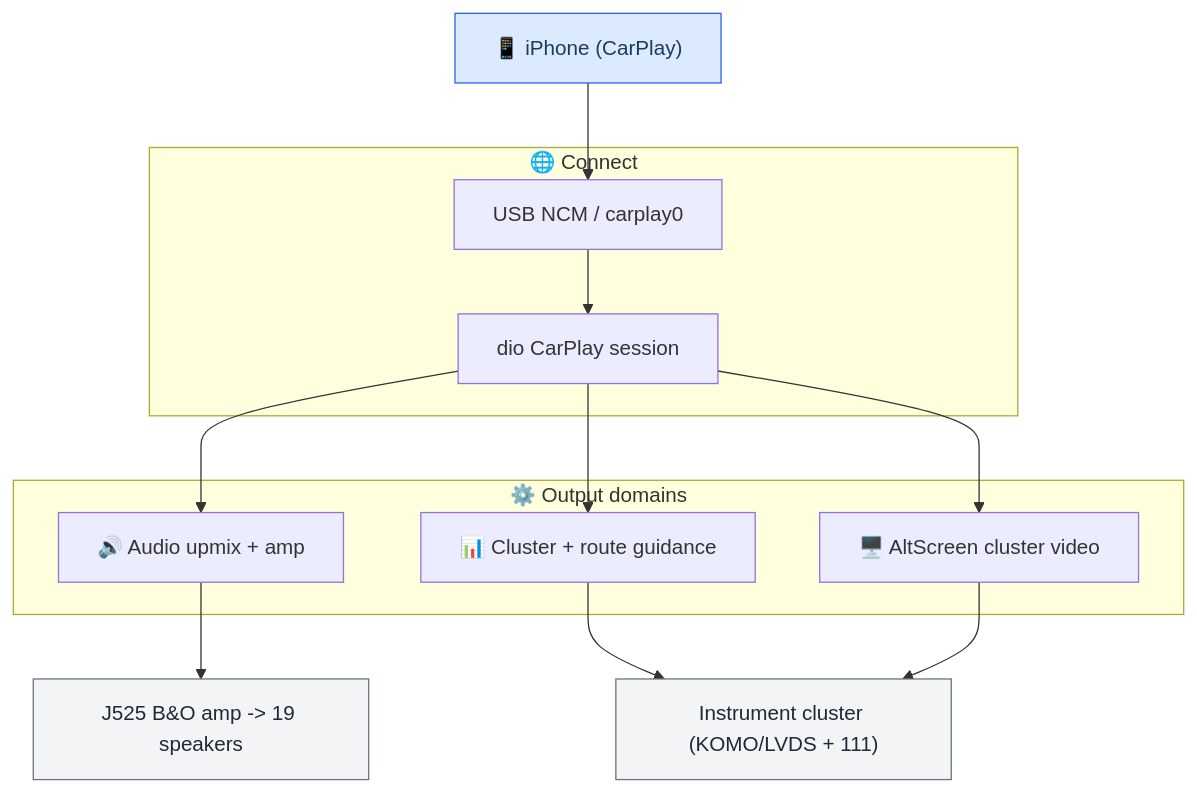
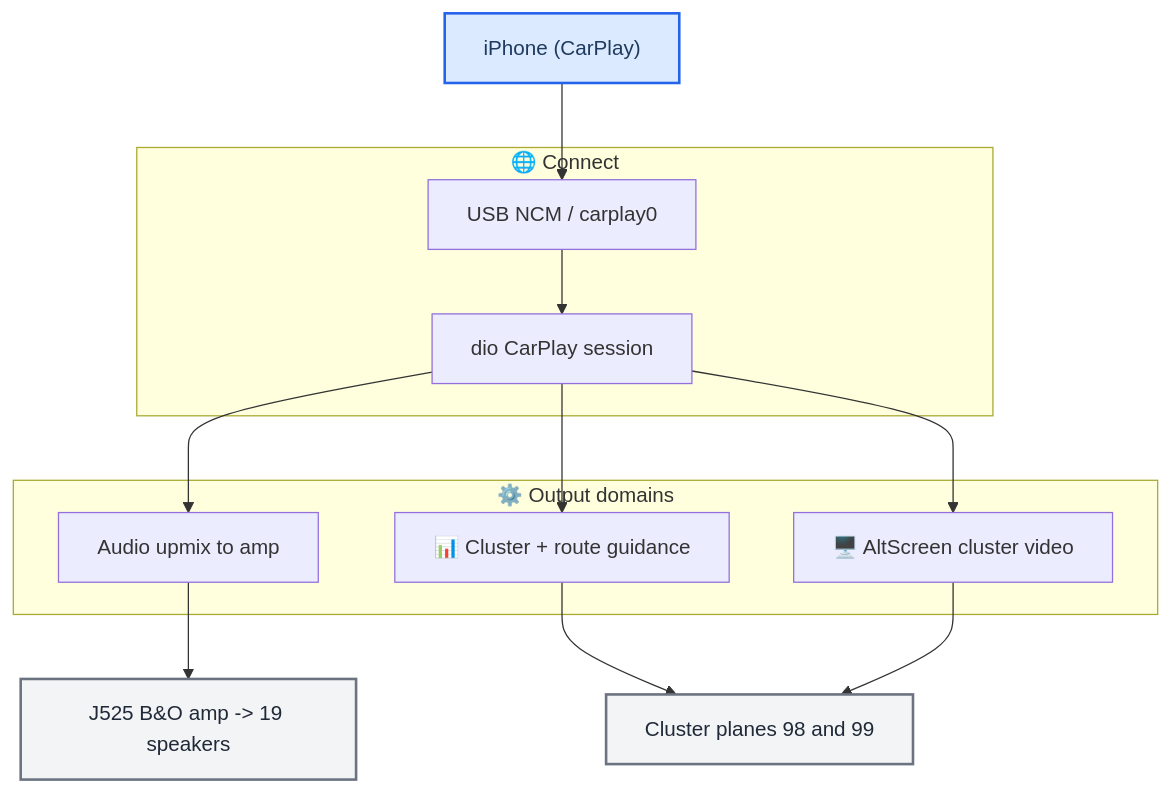
Before and after one commit to luka-dev/mib2q-carplay-rgi: the second of 2 diagrams in docs-obsidian/Home.md, drawn with Mermaid. The commit also changed other lines of this file and 43 other files, not shown here.

````diff
--- a/docs-obsidian/Home.md
+++ b/docs-obsidian/Home.md
@@ -79,35 +80,35 @@
 ```mermaid
 flowchart TB
     accTitle: MHI2 CarPlay system overview
     accDescr: The iPhone connects over USB NCM, the CarPlay session drives three output domains — audio to the amp, route guidance to the cluster, and alternate-screen video — all built and deployed from the hook.
 
-    phone["📱 iPhone (CarPlay)"]
+    phone["iPhone (CarPlay)"]
 
     subgraph connect ["🌐 Connect"]
         ncm["USB NCM / carplay0"]
         session["dio CarPlay session"]
         ncm --> session
     end
 
     subgraph outputs ["⚙️ Output domains"]
-        audio["🔊 Audio upmix + amp"]
+        audio["Audio upmix to amp"]
         cluster["📊 Cluster + route guidance"]
         alt["🖥️ AltScreen cluster video"]
     end
 
     amp["J525 B&O amp -> 19 speakers"]
-    kombi["Instrument cluster (KOMO/LVDS + 111)"]
+    kombi["Cluster planes 98 and 99"]
 
     phone --> ncm
     session --> audio
     session --> cluster
     session --> alt
     audio --> amp
     cluster --> kombi
     alt --> kombi
 
-    classDef primary fill:#dbeafe,stroke:#2563eb,color:#1e3a5f
-    classDef neutral fill:#f3f4f6,stroke:#6b7280,color:#1f2937
+    classDef primary fill:#dbeafe,stroke:#2563eb,stroke-width:2px,color:#1e3a5f
+    classDef neutral fill:#f3f4f6,stroke:#6b7280,stroke-width:2px,color:#1f2937
     class phone primary
     class amp,kombi neutral
 ```
````
